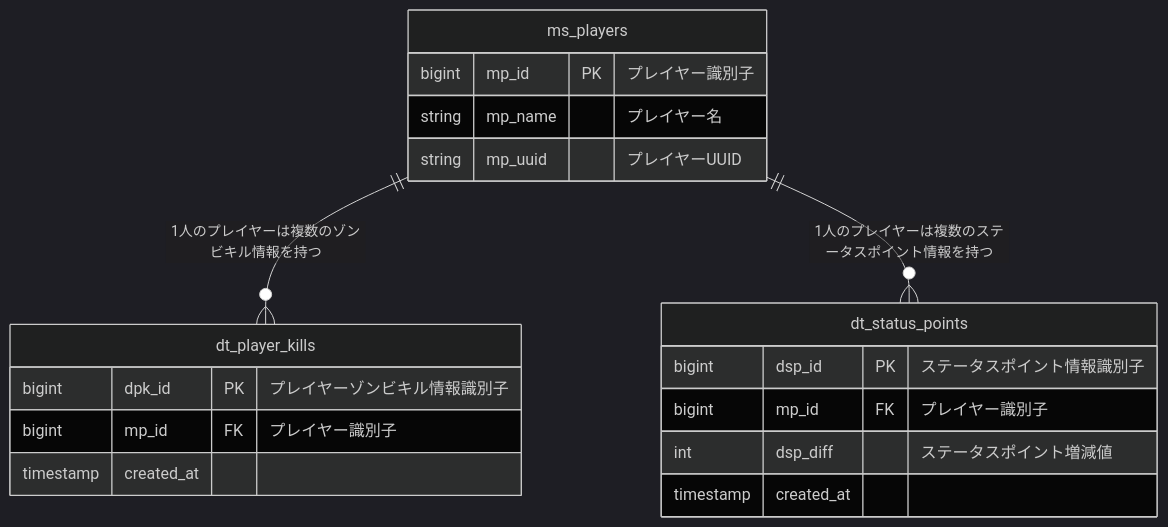
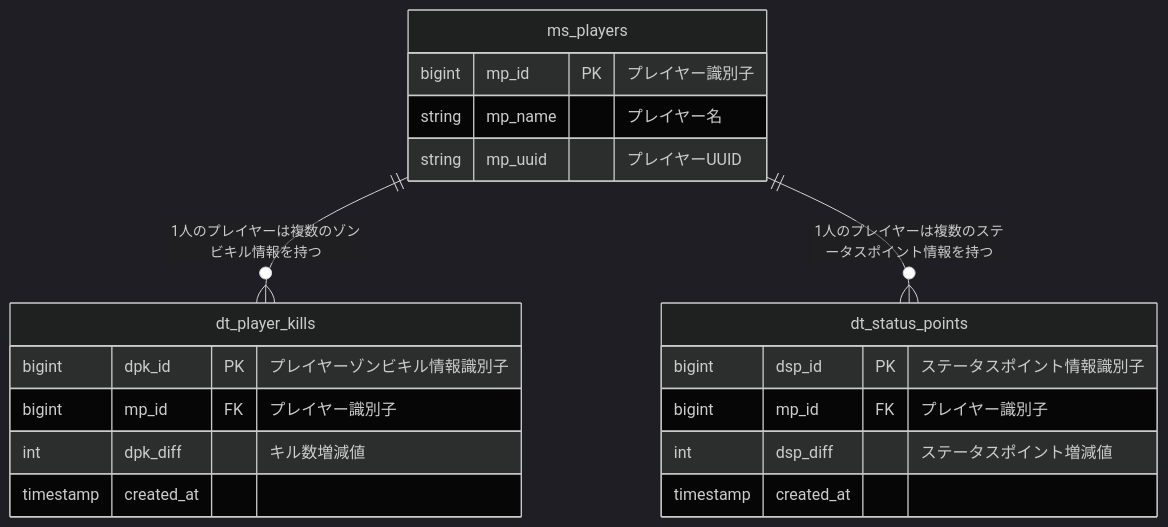
Before and after one commit to hirotask/ZON-Core: the diagram in docs/データベース設計.md, drawn with Mermaid (dark theme). The commit also changed other lines of this file, not shown here.

````diff
--- a/docs/データベース設計.md
+++ b/docs/データベース設計.md
@@ -59,21 +60,22 @@
 ```mermaid
 erDiagram
     ms_players {
         bigint mp_id PK "プレイヤー識別子"
         string mp_name "プレイヤー名"
         string mp_uuid "プレイヤーUUID"
     }
     dt_player_kills {
         bigint dpk_id PK "プレイヤーゾンビキル情報識別子"
         bigint mp_id FK "プレイヤー識別子"
+        int dpk_diff "キル数増減値"
         timestamp created_at
     }
     dt_status_points {
         bigint dsp_id PK "ステータスポイント情報識別子"
         bigint mp_id FK "プレイヤー識別子"
         int dsp_diff "ステータスポイント増減値"
         timestamp created_at
     }
     ms_players ||--o{ dt_player_kills : "1人のプレイヤーは複数のゾンビキル情報を持つ"
     ms_players ||--o{ dt_status_points : "1人のプレイヤーは複数のステータスポイント情報を持つ"
 ```
````
